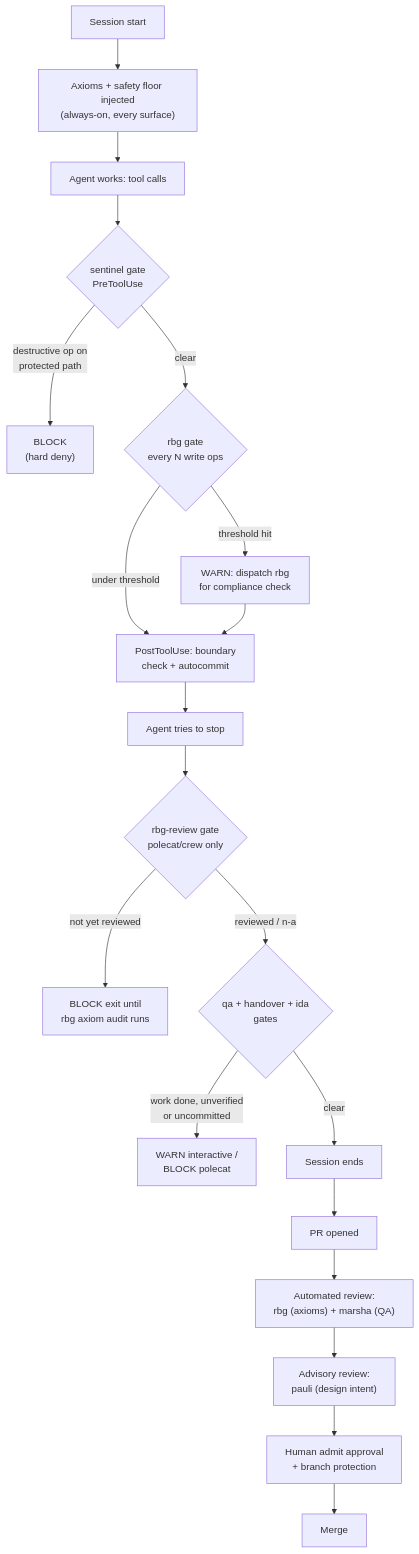
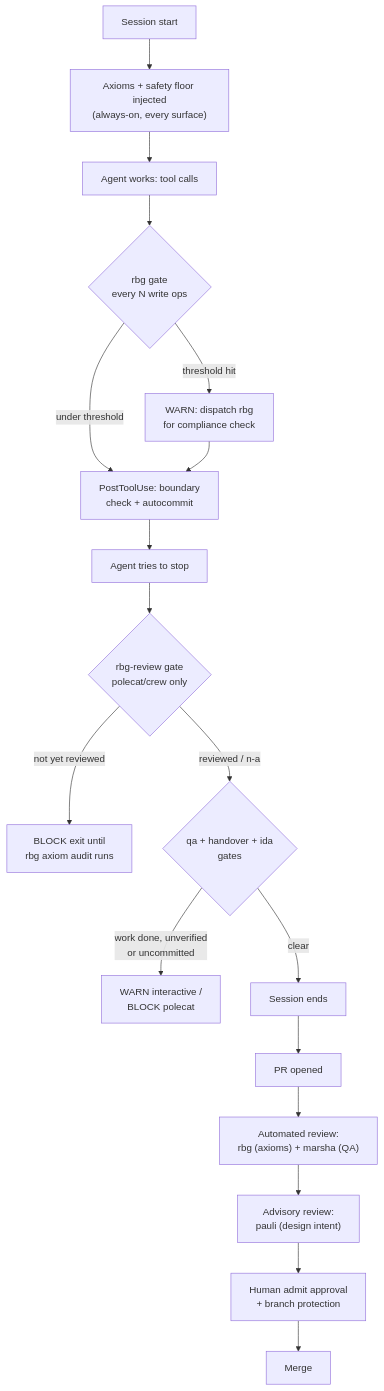
Before and after one commit to nicsuzor/academicOps: the diagram in README.md, drawn with Mermaid. The commit also changed other lines of this file and 31 other files, not shown here.

````diff
--- a/README.md
+++ b/README.md
@@ -105,22 +104,20 @@
 ```mermaid
 flowchart TD
     A[Session start] --> B["Axioms + safety floor injected\n(always-on, every surface)"]
     B --> C[Agent works: tool calls]
-    C --> D{sentinel gate\nPreToolUse}
-    D -- destructive op on\nprotected path --> DB["BLOCK\n(hard deny)"]
-    D -- clear --> E{rbg gate\nevery N write ops}
+    C --> E{rbg gate\nevery N write ops}
     E -- threshold hit --> EW["WARN: dispatch rbg\nfor compliance check"]
     E -- under threshold --> F[PostToolUse: boundary\ncheck + autocommit]
     EW --> F
     F --> G[Agent tries to stop]
     G --> H{rbg-review gate\npolecat/crew only}
     H -- not yet reviewed --> HB["BLOCK exit until\nrbg axiom audit runs"]
     H -- reviewed / n-a --> I{qa + handover + ida\ngates}
     I -- work done, unverified\nor uncommitted --> IW["WARN interactive /\nBLOCK polecat"]
     I -- clear --> J[Session ends]
     J --> K[PR opened]
     K --> L["Automated review:\nrbg (axioms) + marsha (QA)"]
     L --> M["Advisory review:\npauli (design intent)"]
     M --> N["Human admit approval\n+ branch protection"]
     N --> O[Merge]
 ```
````
